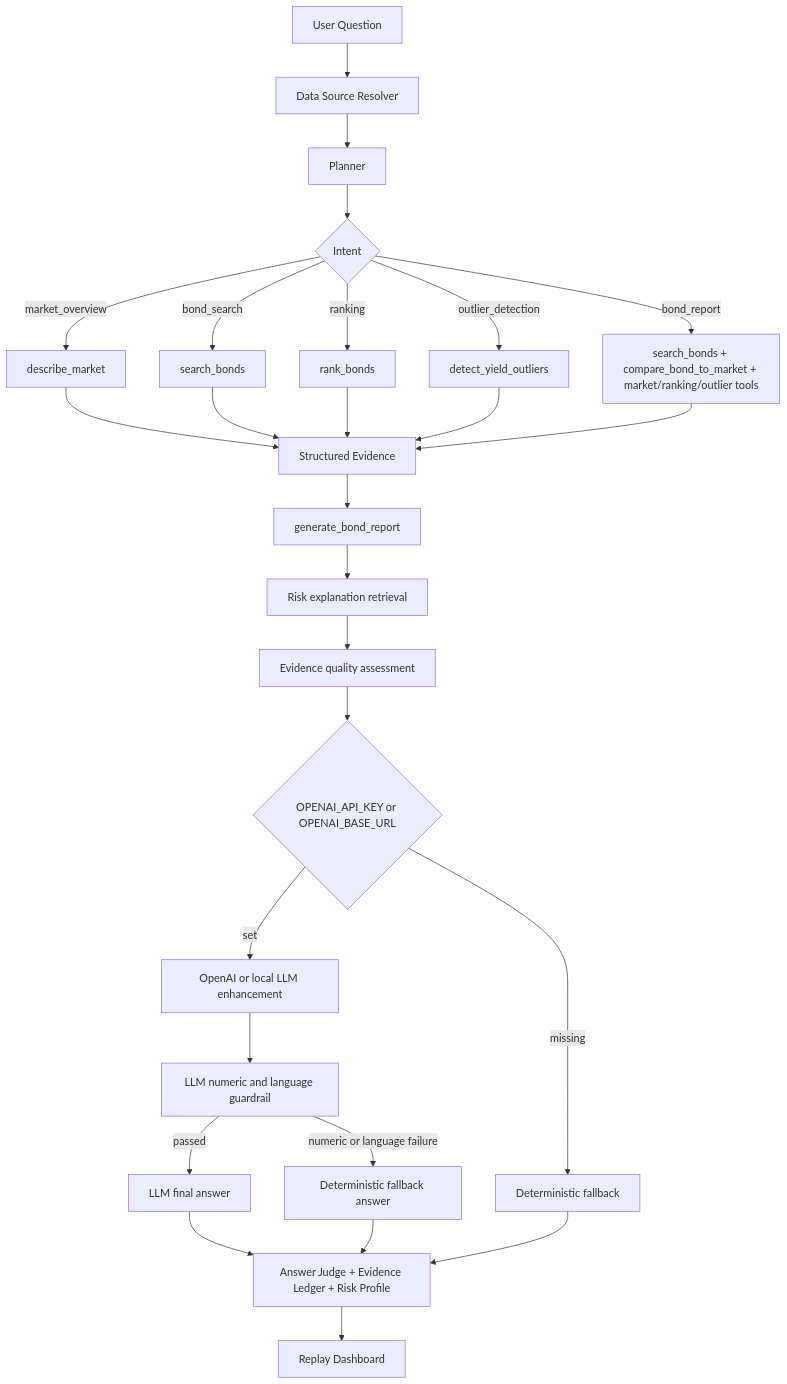
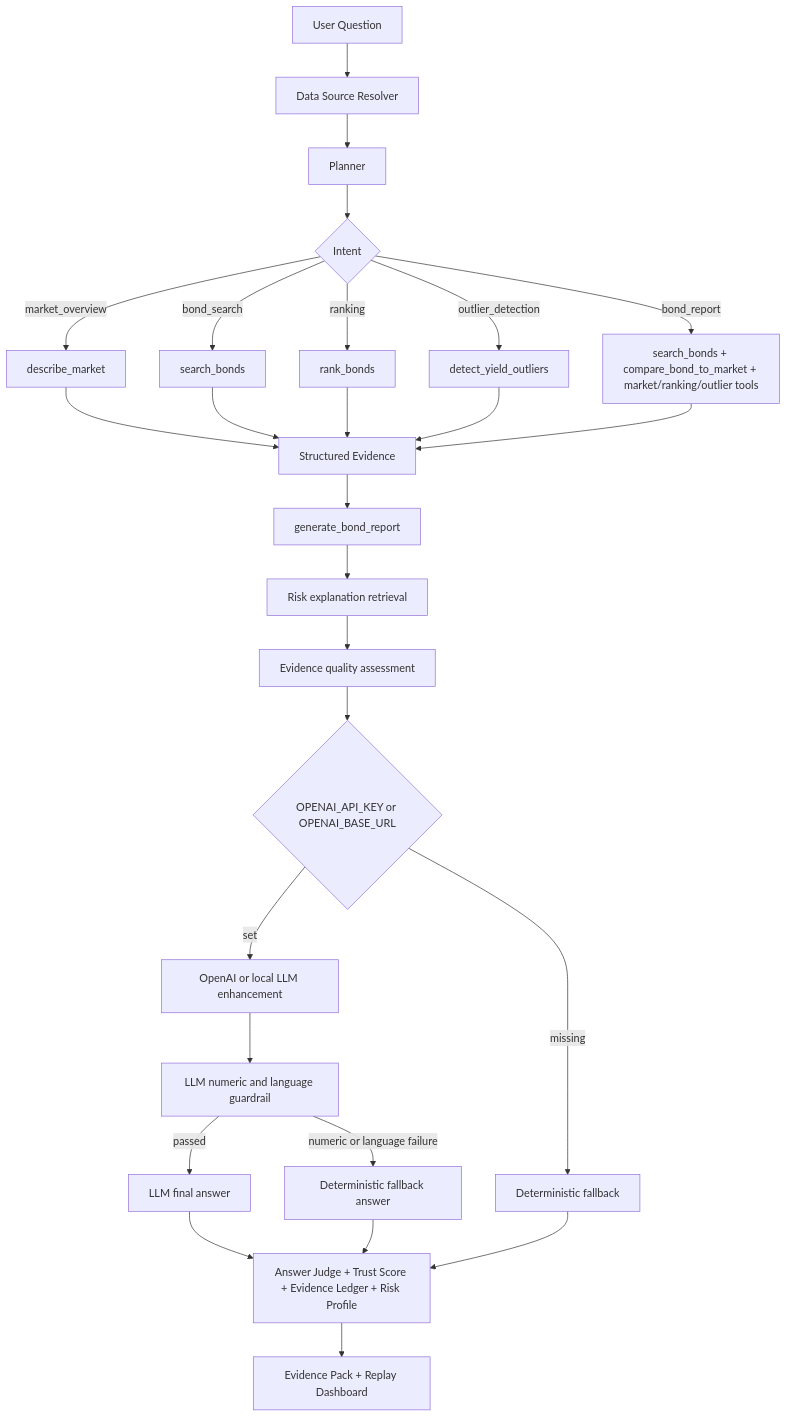
The diagram in README.md (Phoenix0531-sudo/BondLens), drawn with Mermaid before and after one commit. The commit also changed other lines of this file and 19 other files, not shown here.

First line of the commit message:
feat: trust score, evidence packs, and FinRobot-inspired trust UI

````diff
--- a/README.md
+++ b/README.md
@@ -115,29 +235,29 @@
 ```mermaid
 flowchart TD
     A[User Question] --> B[Data Source Resolver]
     B --> C[Planner]
     C --> D{Intent}
     D -->|market_overview| E[describe_market]
     D -->|bond_search| F[search_bonds]
     D -->|ranking| G[rank_bonds]
     D -->|outlier_detection| H[detect_yield_outliers]
     D -->|bond_report| I[search_bonds + compare_bond_to_market + market/ranking/outlier tools]
     E --> J[Structured Evidence]
     F --> J
     G --> J
     H --> J
     I --> J
     J --> K[generate_bond_report]
     K --> L[Risk explanation retrieval]
     L --> M[Evidence quality assessment]
     M --> N{OPENAI_API_KEY or OPENAI_BASE_URL}
     N -->|missing| O[Deterministic fallback]
     N -->|set| P[OpenAI or local LLM enhancement]
     P --> Q[LLM numeric and language guardrail]
     Q -->|passed| R[LLM final answer]
     Q -->|numeric or language failure| S[Deterministic fallback answer]
-    R --> T[Answer Judge + Evidence Ledger + Risk Profile]
+    R --> T[Answer Judge + Trust Score + Evidence Ledger + Risk Profile]
     S --> T
     O --> T
-    T --> U[Replay Dashboard]
+    T --> U[Evidence Pack + Replay Dashboard]
 ```
````
